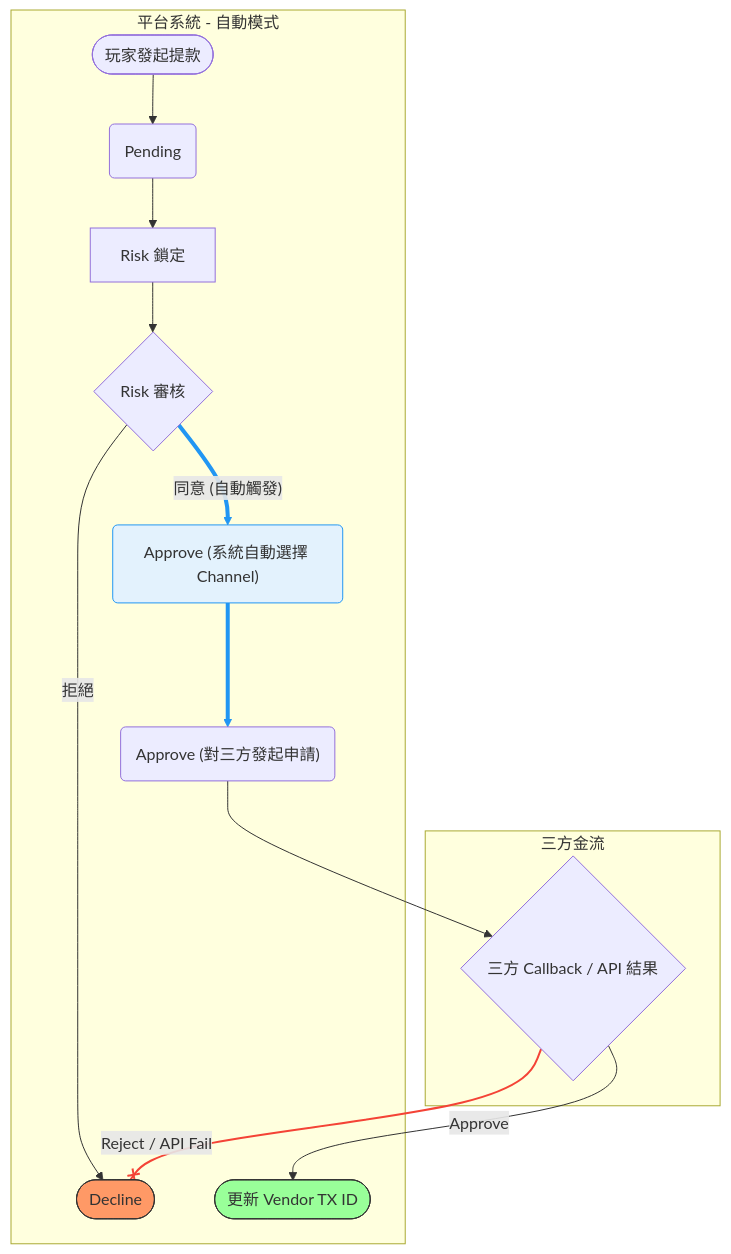
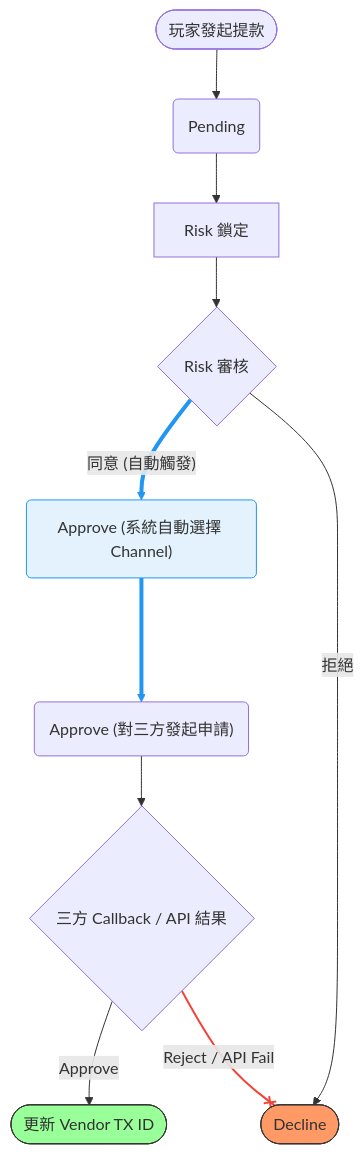
The second of 2 diagrams in no99_archive/sitflowchart.md (almightyken0425/SuSuGiGiSpec), drawn with Mermaid before and after one commit. The commit also changed other lines of this file, not shown here.

````diff
--- a/no99_archive/sitflowchart.md
+++ b/no99_archive/sitflowchart.md
@@ -79,55 +73,50 @@
 ```mermaid
 graph TD
     %% 節點定義
     StartAuto(["玩家發起提款"])
     PendingAuto("Pending")
     RiskLockAuto["Risk 鎖定"]
     RiskActionAuto{"Risk 審核"}
     ApproveAuto("Approve (系統自動選擇 Channel)")
     ApproveReqAuto("Approve (對三方發起申請)")
     DeclineAuto(["Decline"])
     SuccessAuto(["更新 Vendor TX ID"])
     CallbackAuto{"三方 Callback / API 結果"}
 
-    subgraph PlatformAuto ["平台系統 - 自動模式"]
-        StartAuto --> PendingAuto
-        PendingAuto --> RiskLockAuto
-        RiskLockAuto --> RiskActionAuto
-        
-        %% 高亮自動化路徑
-        RiskActionAuto ==>|"同意 (自動觸發)"| ApproveAuto
-        ApproveAuto ===> ApproveReqAuto
+    StartAuto --> PendingAuto
+    PendingAuto --> RiskLockAuto
+    RiskLockAuto --> RiskActionAuto
+    
+    %% 高亮自動化路徑
+    RiskActionAuto ==>|"同意 (自動觸發)"| ApproveAuto
+    ApproveAuto ===> ApproveReqAuto
 
-        RiskActionAuto -->|"拒絕"| DeclineAuto
-        SuccessAuto
-    end
-
-    subgraph ThirdPartyAuto ["三方金流"]
-        ApproveReqAuto --> CallbackAuto
-    end
+    RiskActionAuto -->|"拒絕"| DeclineAuto
+    
+    ApproveReqAuto --> CallbackAuto
 
     CallbackAuto -->|"Approve"| SuccessAuto
     
     %% 高亮報廢路徑
     CallbackAuto --x|"Reject / API Fail"| DeclineAuto
 
     %% 樣式與連結美化
     %% linkStyle 索引 (基於連接線出現順序):
     %% 0: StartAuto -> PendingAuto
     %% 1: PendingAuto -> RiskLockAuto
     %% 2: RiskLockAuto -> RiskActionAuto
     %% 3: RiskActionAuto ==> ApproveAuto
     %% 4: ApproveAuto ===> ApproveReqAuto
     %% 5: RiskActionAuto --> DeclineAuto
     %% 6: ApproveReqAuto --> CallbackAuto
     %% 7: CallbackAuto --> SuccessAuto
     %% 8: CallbackAuto --x DeclineAuto
 
     linkStyle 3 stroke:#2196f3,stroke-width:4px;
     linkStyle 4 stroke:#2196f3,stroke-width:4px;
     linkStyle 8 stroke:#f44336,stroke-width:2px;
 
     style DeclineAuto fill:#f96,stroke:#333
     style SuccessAuto fill:#9f9,stroke:#333
     style ApproveAuto fill:#e3f2fd,stroke:#2196f3
 ```
````
